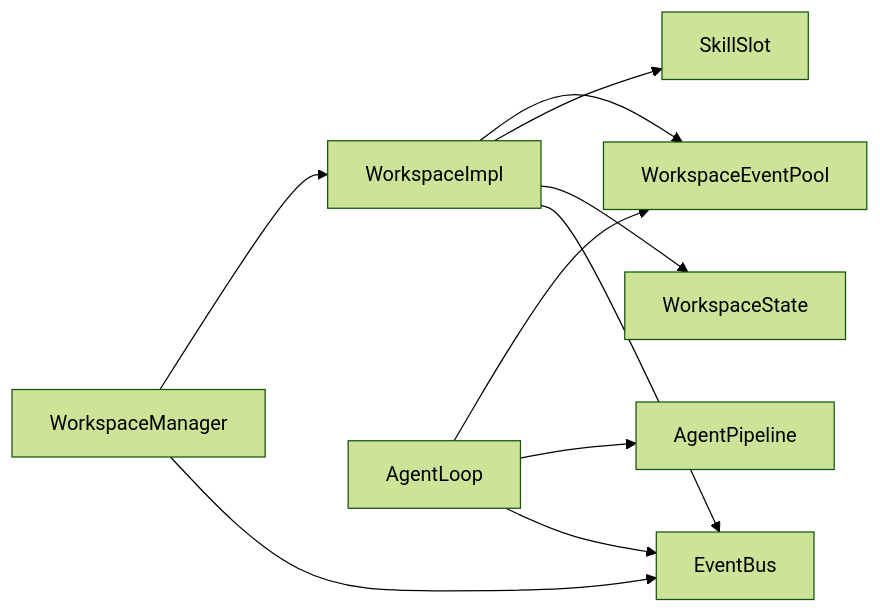
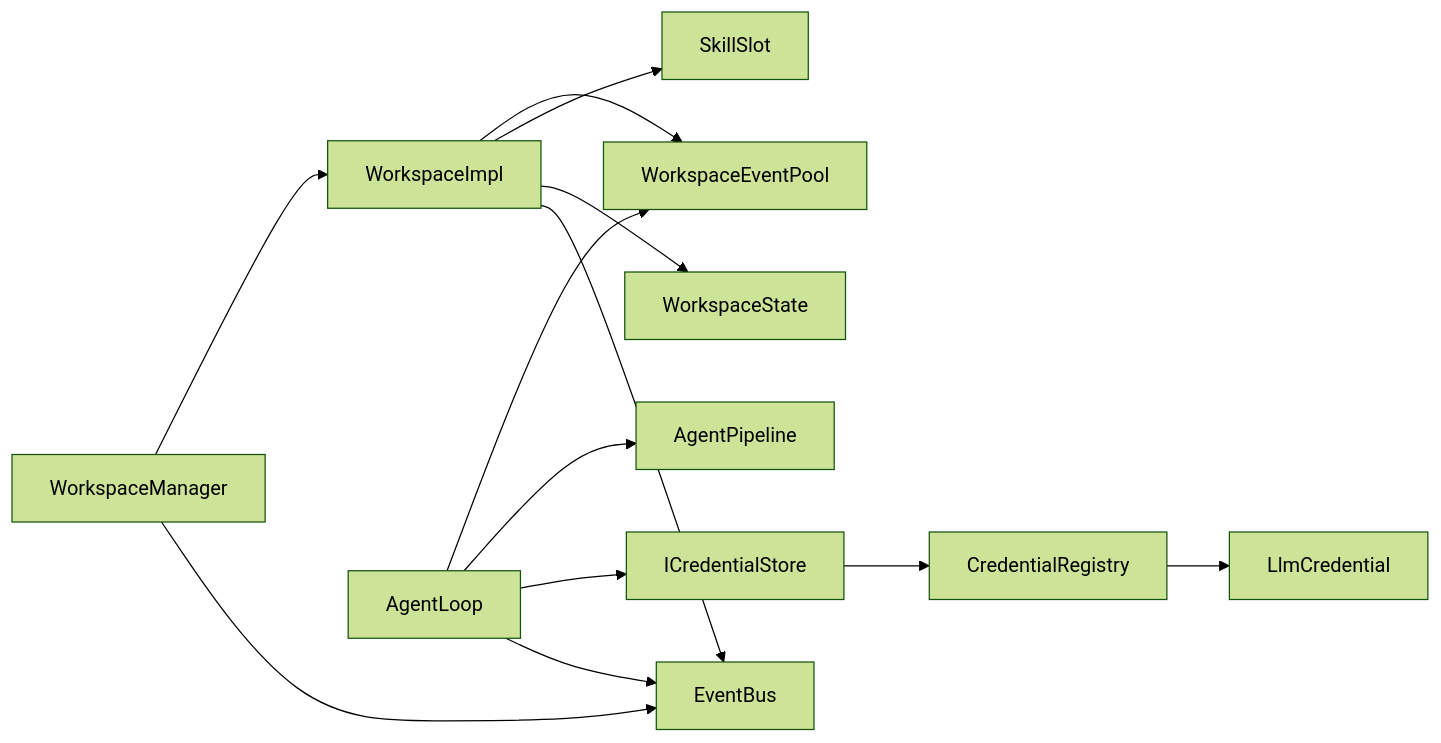
Before and after one commit to suzvka/NPCLife: the sixth of 6 diagrams in .qoder/repowiki/zh/content/多智能体系统/智能体协作机制.md, drawn with Mermaid (forest theme). The commit also changed other lines of this file and 11 other files, not shown here.

````diff
--- a/.qoder/repowiki/zh/content/多智能体系统/智能体协作机制.md
+++ b/.qoder/repowiki/zh/content/多智能体系统/智能体协作机制.md
@@ -307,12 +426,15 @@
 ```mermaid
 graph LR
 WSM["WorkspaceManager"] --> WS["WorkspaceImpl"]
 WS --> WSEventPool["WorkspaceEventPool"]
 WS --> Skill["SkillSlot"]
 WS --> State["WorkspaceState"]
 Agent["AgentLoop"] --> WSEventPool
 Agent --> Pipe["AgentPipeline"]
+Agent --> ICredStore["ICredentialStore"]
+ICredStore --> CredRegistry["CredentialRegistry"]
+CredRegistry --> LlmCred["LlmCredential"]
 Agent --> Bus["EventBus"]
 WSM --> Bus
 WS --> Bus
 ```
````
